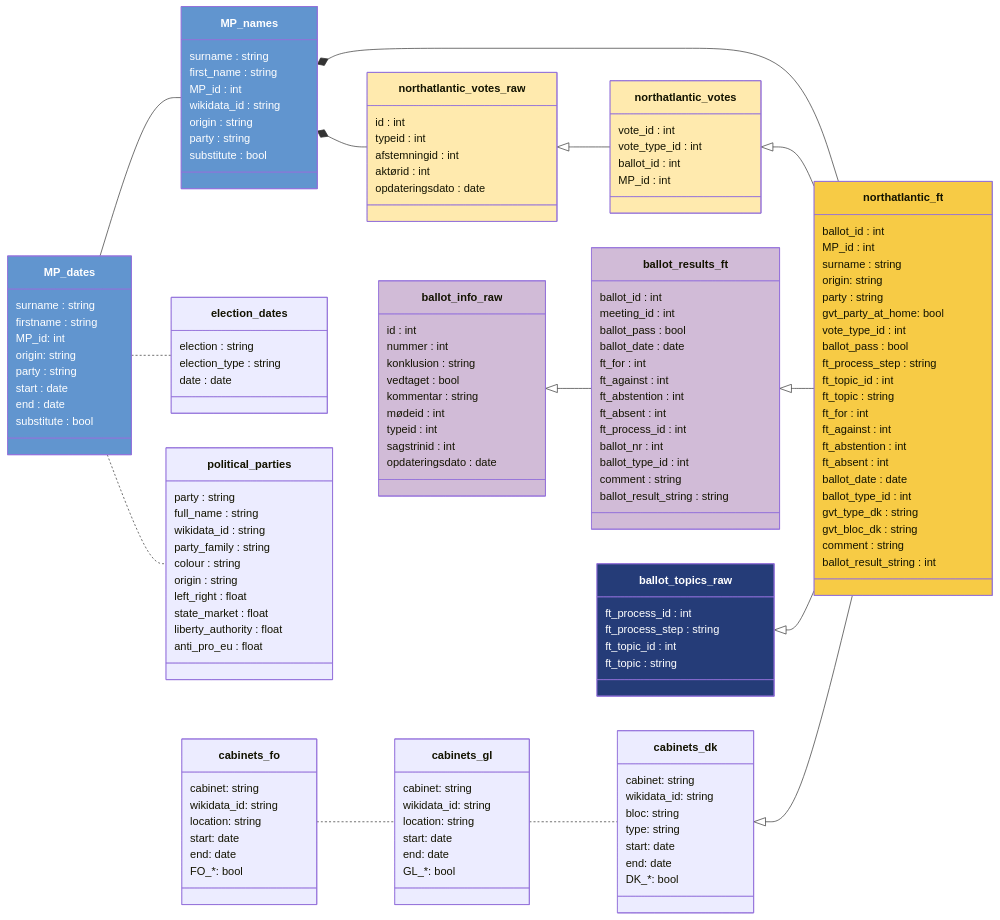
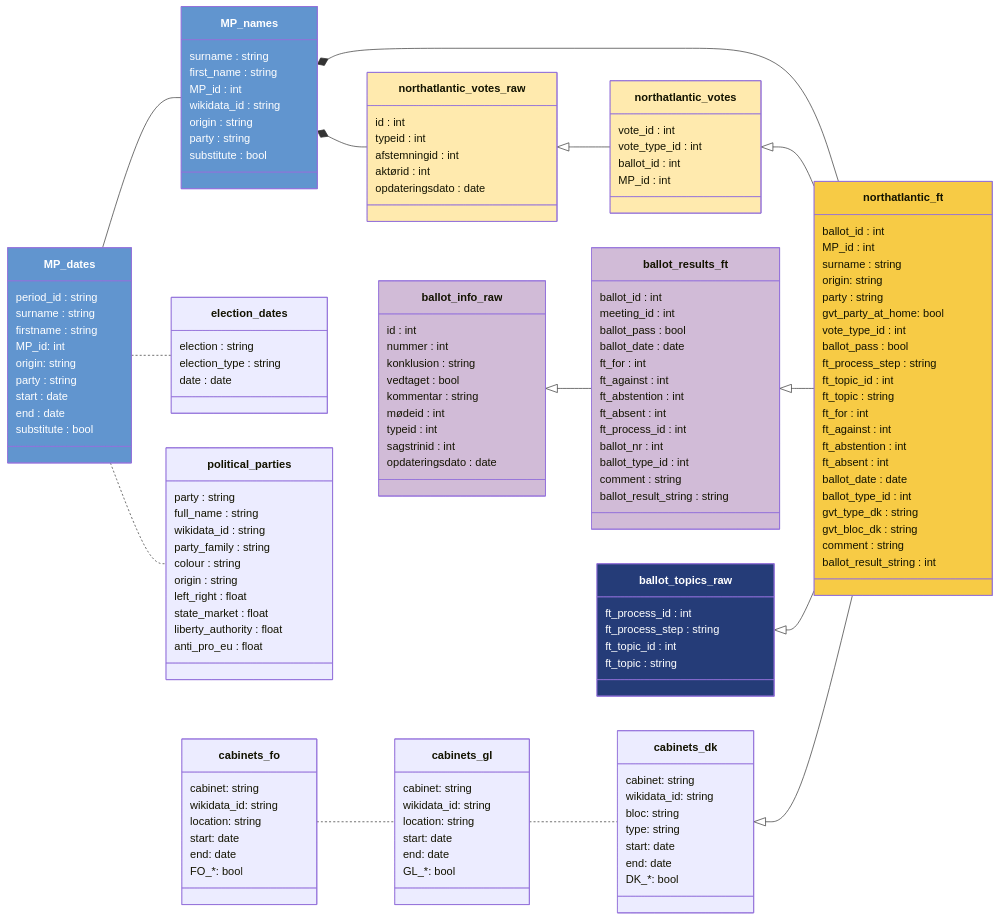
One commit to mtwente/nordatlantisk-ft changed the diagram in docs/codebook.qmd. Above: the diagram before and after it, drawn with Mermaid. The commit also changed other lines of this file and 3 other files, not shown here.

Commit message:
feat: add unique ID to MP_dates timeline

```diff
--- a/docs/codebook.qmd
+++ b/docs/codebook.qmd
@@ -156,6 +156,7 @@
     }
 
         class MP_dates {
+        period_id : string
         surname : string
         firstname : string
         MP_id: int
```
